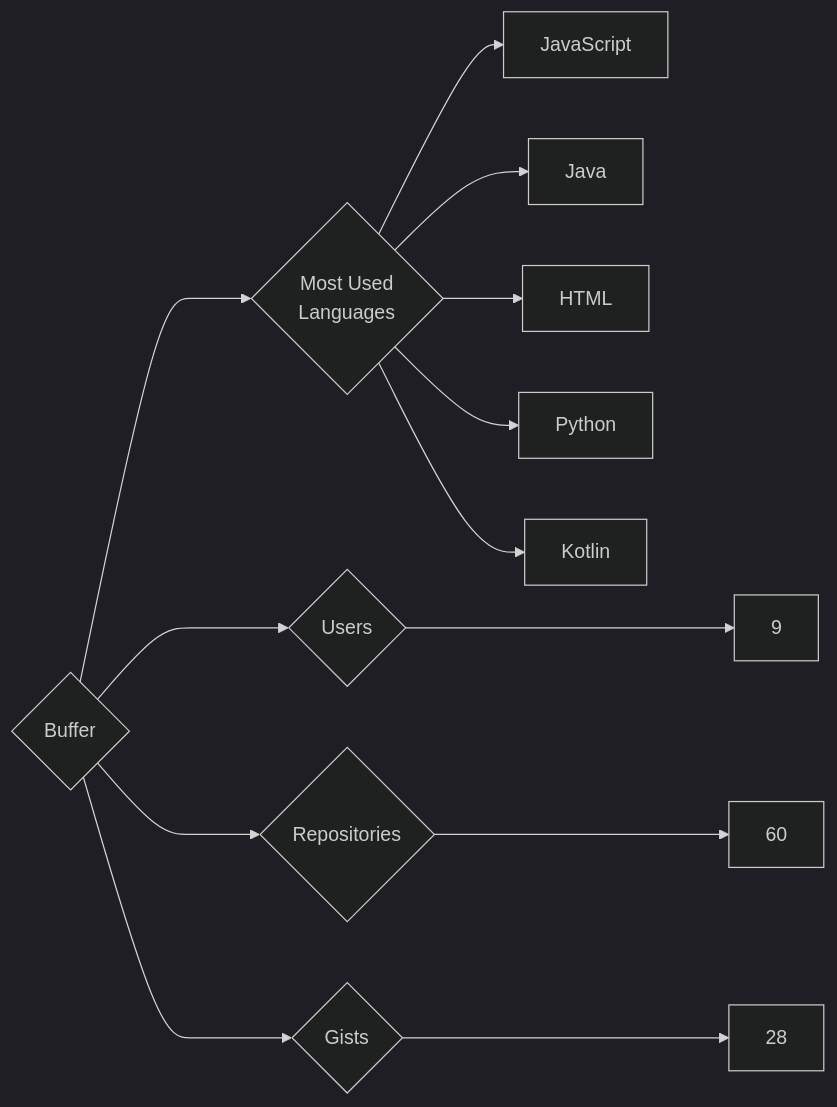
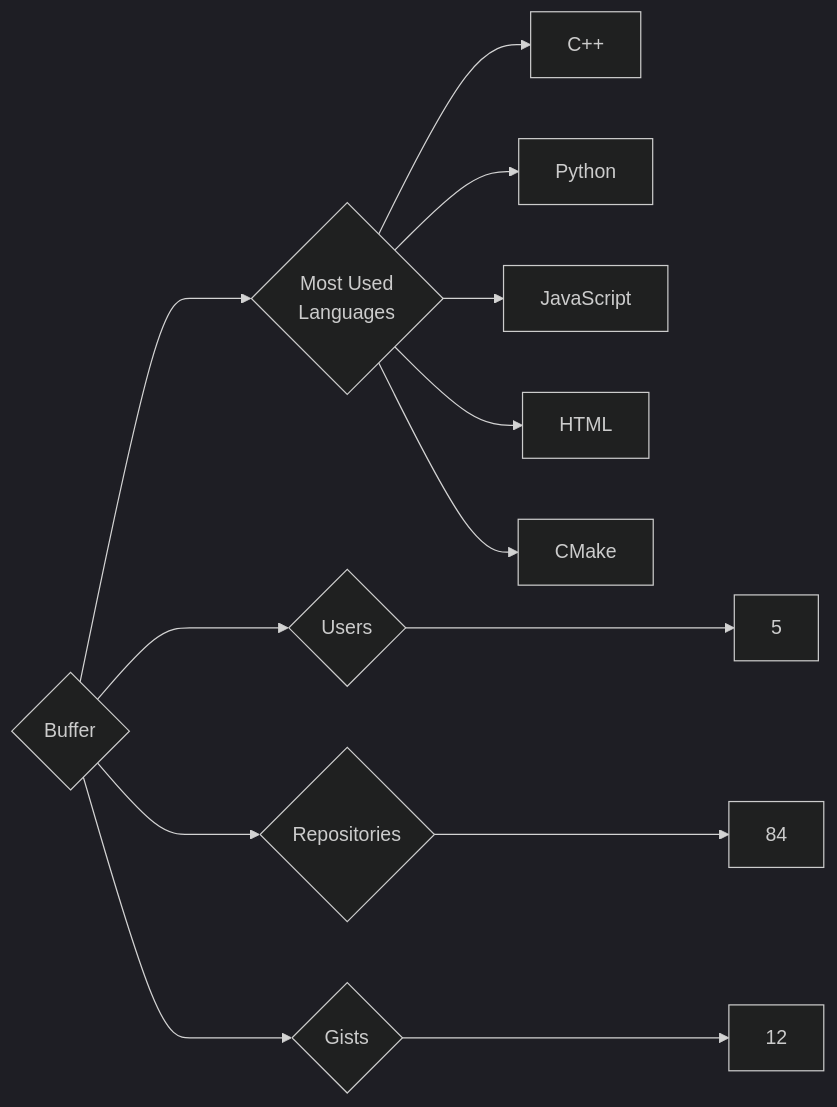
Before and after one commit to trickest/insiders: the diagram in targets/Buffer/README.md, drawn with Mermaid (dark theme). The commit also changed 944 other files, not shown here.

````diff
--- a/targets/Buffer/README.md
+++ b/targets/Buffer/README.md
@@ -3,13 +3,13 @@
 ```mermaid
 graph LR
 COMPANY_NAME{Buffer}
-COMPANY_NAME ---> U{Users} ---> UN[9]
-COMPANY_NAME ---> R{Repositories} ---> RN[60]
-COMPANY_NAME ---> G{Gists} ---> GN[28]
+COMPANY_NAME ---> U{Users} ---> UN[5]
+COMPANY_NAME ---> R{Repositories} ---> RN[84]
+COMPANY_NAME ---> G{Gists} ---> GN[12]
 COMPANY_NAME ---> ML{Most Used<br>Languages}
+ML --> C++[C++]
+ML --> Python[Python]
 ML --> JavaScript[JavaScript]
-ML --> Java[Java]
 ML --> HTML[HTML]
-ML --> Python[Python]
-ML --> Kotlin[Kotlin]
+ML --> CMake[CMake]
 ```
````
